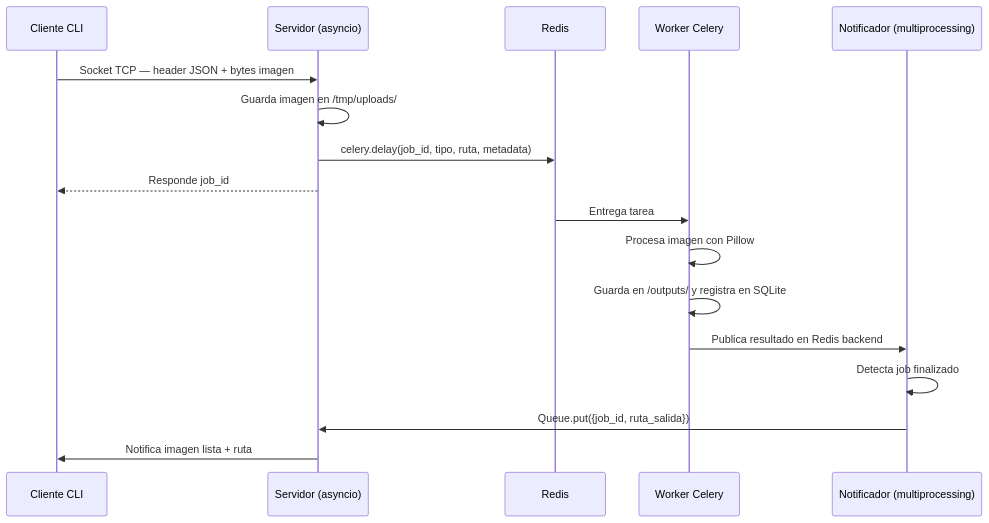
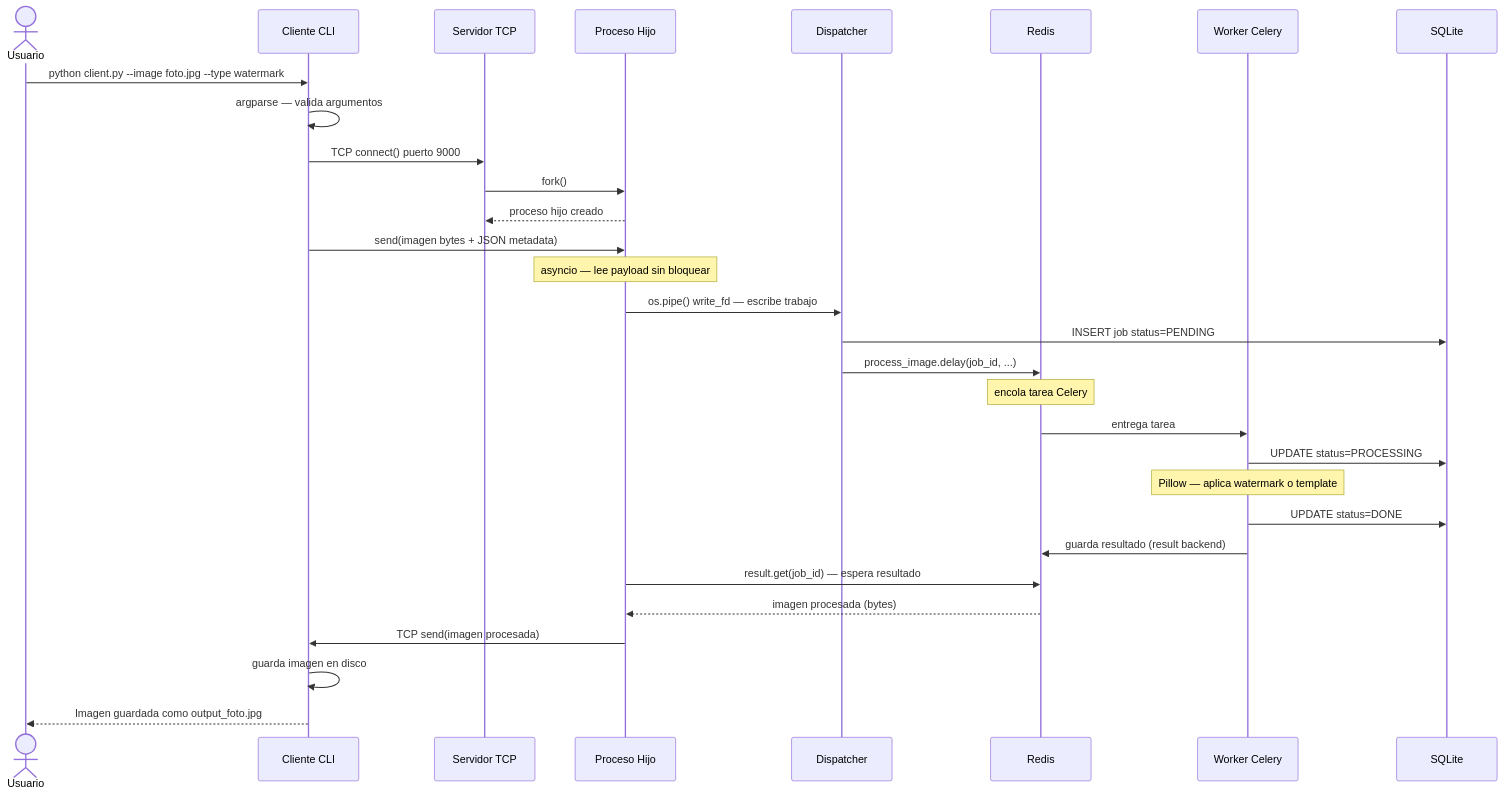
One commit to manudiiez/umcomp2 changed the second of 3 diagrams in final/doc/arquitectura.md. Above: the diagram before and after it, drawn with Mermaid. The commit also changed other lines of this file and 2 other files, not shown here.

````diff
--- a/final/doc/arquitectura.md
+++ b/final/doc/arquitectura.md
@@ -45,22 +60,33 @@
 ```mermaid
 sequenceDiagram
-    participant C as Cliente CLI
-    participant S as Servidor (asyncio)
-    participant R as Redis
-    participant W as Worker Celery
-    participant N as Notificador (multiprocessing)
+    actor Usuario
+    participant CLI as Cliente CLI
+    participant SRV as Servidor TCP
+    participant HIJO as Proceso Hijo
+    participant DISP as Dispatcher
+    participant REDIS as Redis
+    participant WORKER as Worker Celery
+    participant DB as SQLite
 
-    C->>S: Socket TCP — header JSON + bytes imagen
-    S->>S: Guarda imagen en /tmp/uploads/
-    S->>R: celery.delay(job_id, tipo, ruta, metadata)
-    S-->>C: Responde job_id
-
-    R->>W: Entrega tarea
-    W->>W: Procesa imagen con Pillow
-    W->>W: Guarda en /outputs/ y registra en SQLite
-    W->>N: Publica resultado en Redis backend
-
-    N->>N: Detecta job finalizado
-    N->>S: Queue.put({job_id, ruta_salida})
-    S->>C: Notifica imagen lista + ruta
+    Usuario->>CLI: python client.py --image foto.jpg --type watermark
+    CLI->>CLI: argparse — valida argumentos
+    CLI->>SRV: TCP connect() puerto 9000
+    SRV->>HIJO: fork()
+    HIJO-->>SRV: proceso hijo creado
+    CLI->>HIJO: send(imagen bytes + JSON metadata)
+    Note over HIJO: asyncio — lee payload sin bloquear
+    HIJO->>DISP: os.pipe() write_fd — escribe trabajo
+    DISP->>DB: INSERT job status=PENDING
+    DISP->>REDIS: process_image.delay(job_id, ...)
+    Note over REDIS: encola tarea Celery
+    REDIS->>WORKER: entrega tarea
+    WORKER->>DB: UPDATE status=PROCESSING
+    Note over WORKER: Pillow — aplica watermark o template
+    WORKER->>DB: UPDATE status=DONE
+    WORKER->>REDIS: guarda resultado (result backend)
+    HIJO->>REDIS: result.get(job_id) — espera resultado
+    REDIS-->>HIJO: imagen procesada (bytes)
+    HIJO->>CLI: TCP send(imagen procesada)
+    CLI->>CLI: guarda imagen en disco
+    CLI-->>Usuario: Imagen guardada como output_foto.jpg
 ```
````
